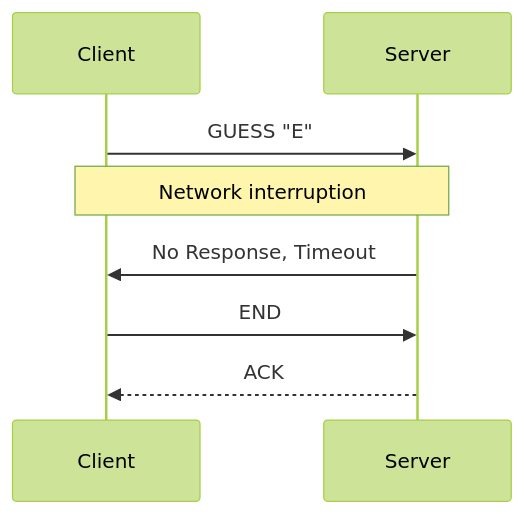
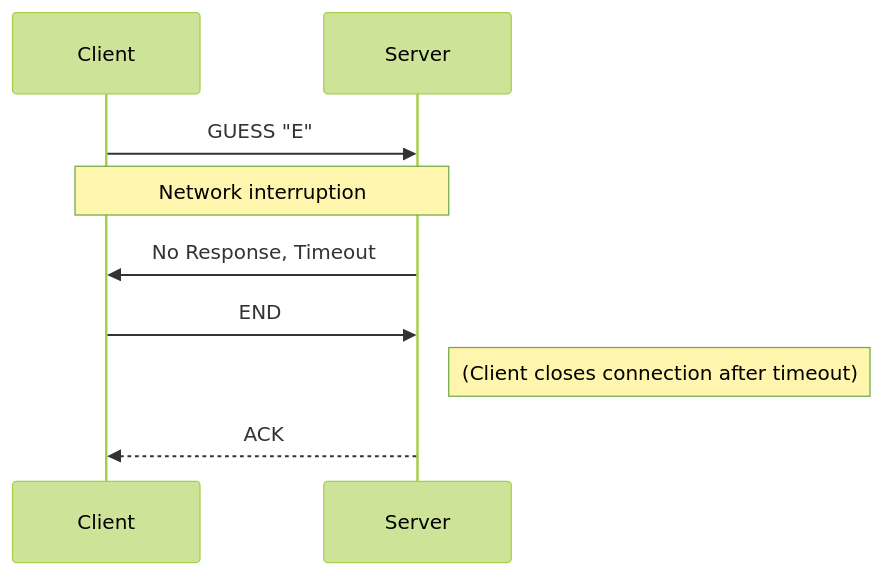
The third of 3 diagrams in README.md (HumairRomain/DAI-2023-24-Practical-work-2-TCP-Romain-Humair-and-Lucas-Lattion), drawn with Mermaid (forest theme) before and after one commit. The commit also changed other lines of this file and 3 other files, not shown here.

````diff
--- a/README.md
+++ b/README.md
@@ -158,9 +189,10 @@
 ```mermaid
 sequenceDiagram
   Client->>Server: GUESS "E"
   Note over Client,Server: Network interruption
   Server->>Client: No Response, Timeout
 
   Client->>Server: END
+  Note right of Server: (Client closes connection after timeout)
   Server-->>Client: ACK
 ```
````
